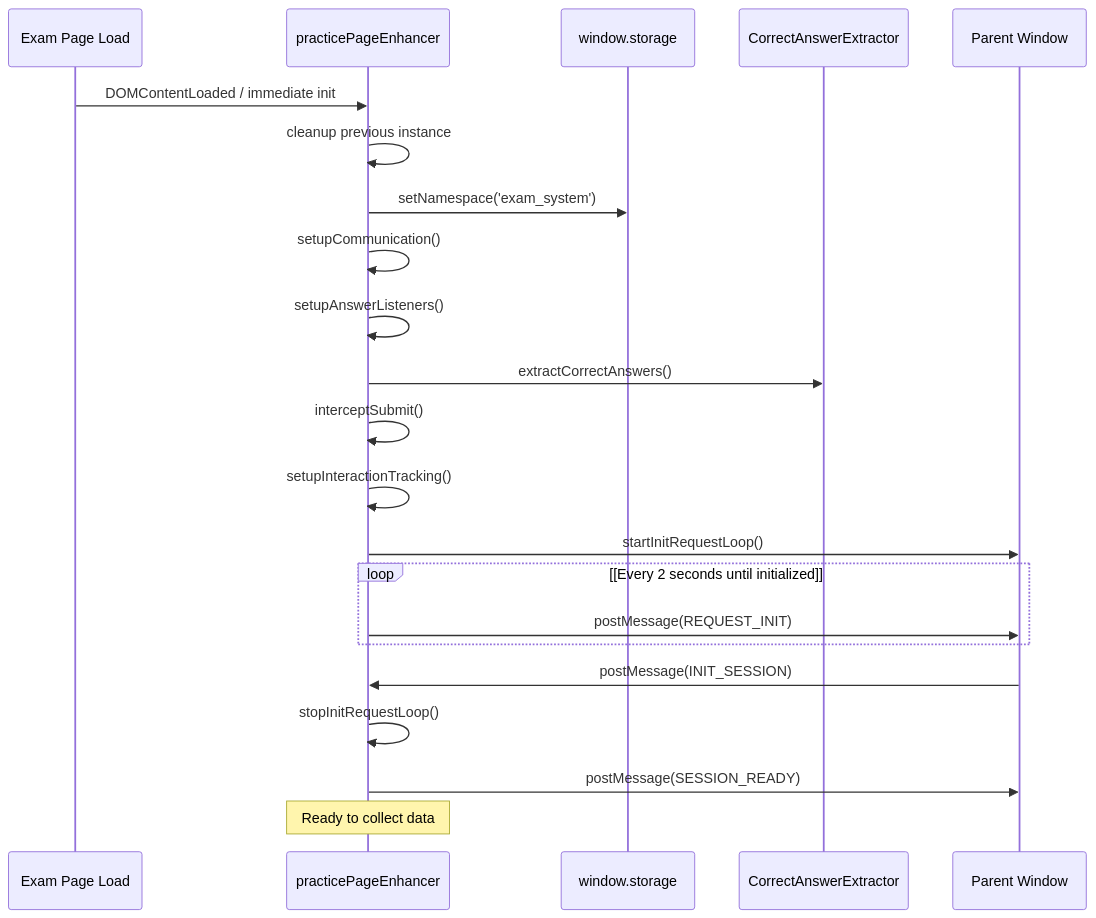
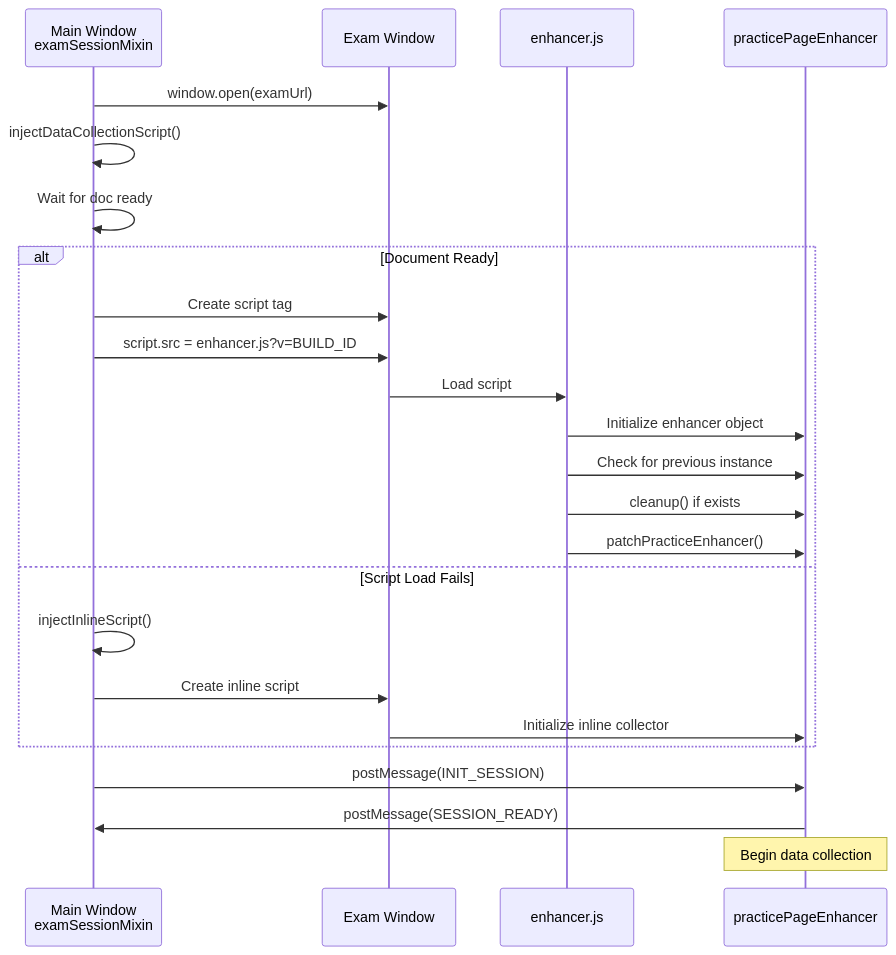
Before and after one commit to sallowayma-git/IELTS-practice: the second of 13 diagrams in developer/doc/Wiki/Practice-Page-Enhancement-&-Data-Collection.md, drawn with Mermaid. The commit also changed other lines of this file and 84 other files, not shown here.

````diff
--- a/developer/doc/Wiki/Practice-Page-Enhancement-&-Data-Collection.md
+++ b/developer/doc/Wiki/Practice-Page-Enhancement-&-Data-Collection.md
@@ -91,25 +98,27 @@
 ```mermaid
 sequenceDiagram
-  participant Exam Page Load
-  participant practicePageEnhancer
-  participant window.storage
-  participant CorrectAnswerExtractor
-  participant Parent Window
+  participant p1 as Main Window<br/>examSessionMixin
+  participant p2 as Exam Window
+  participant p3 as enhancer.js
+  participant p4 as practicePageEnhancer
 
-  Exam Page Load->>practicePageEnhancer: DOMContentLoaded / immediate init
-  practicePageEnhancer->>practicePageEnhancer: cleanup previous instance
-  practicePageEnhancer->>window.storage: setNamespace('exam_system')
-  practicePageEnhancer->>practicePageEnhancer: setupCommunication()
-  practicePageEnhancer->>practicePageEnhancer: setupAnswerListeners()
-  practicePageEnhancer->>CorrectAnswerExtractor: extractCorrectAnswers()
-  practicePageEnhancer->>practicePageEnhancer: interceptSubmit()
-  practicePageEnhancer->>practicePageEnhancer: setupInteractionTracking()
-  practicePageEnhancer->>Parent Window: startInitRequestLoop()
-  loop [Every 2 seconds until initialized]
-    practicePageEnhancer->>Parent Window: postMessage(REQUEST_INIT)
+  p1->>p2: window.open(examUrl)
+  p1->>p1: injectDataCollectionScript()
+  p1->>p1: Wait for doc ready
+  alt Document Ready
+    p1->>p2: Create script tag
+    p1->>p2: script.src = enhancer.js?v=BUILD_ID
+    p2->>p3: Load script
+    p3->>p4: Initialize enhancer object
+    p3->>p4: Check for previous instance
+    p3->>p4: cleanup() if exists
+    p3->>p4: patchPracticeEnhancer()
+  else Script Load Fails
+    p1->>p1: injectInlineScript()
+    p1->>p2: Create inline script
+    p2->>p4: Initialize inline collector
   end
-  Parent Window->>practicePageEnhancer: postMessage(INIT_SESSION)
-  practicePageEnhancer->>practicePageEnhancer: stopInitRequestLoop()
-  practicePageEnhancer->>Parent Window: postMessage(SESSION_READY)
-  note over practicePageEnhancer: Ready to collect data
+  p1->>p4: postMessage(INIT_SESSION)
+  p4->>p1: postMessage(SESSION_READY)
+  note over p4: Begin data collection
 ```
````
